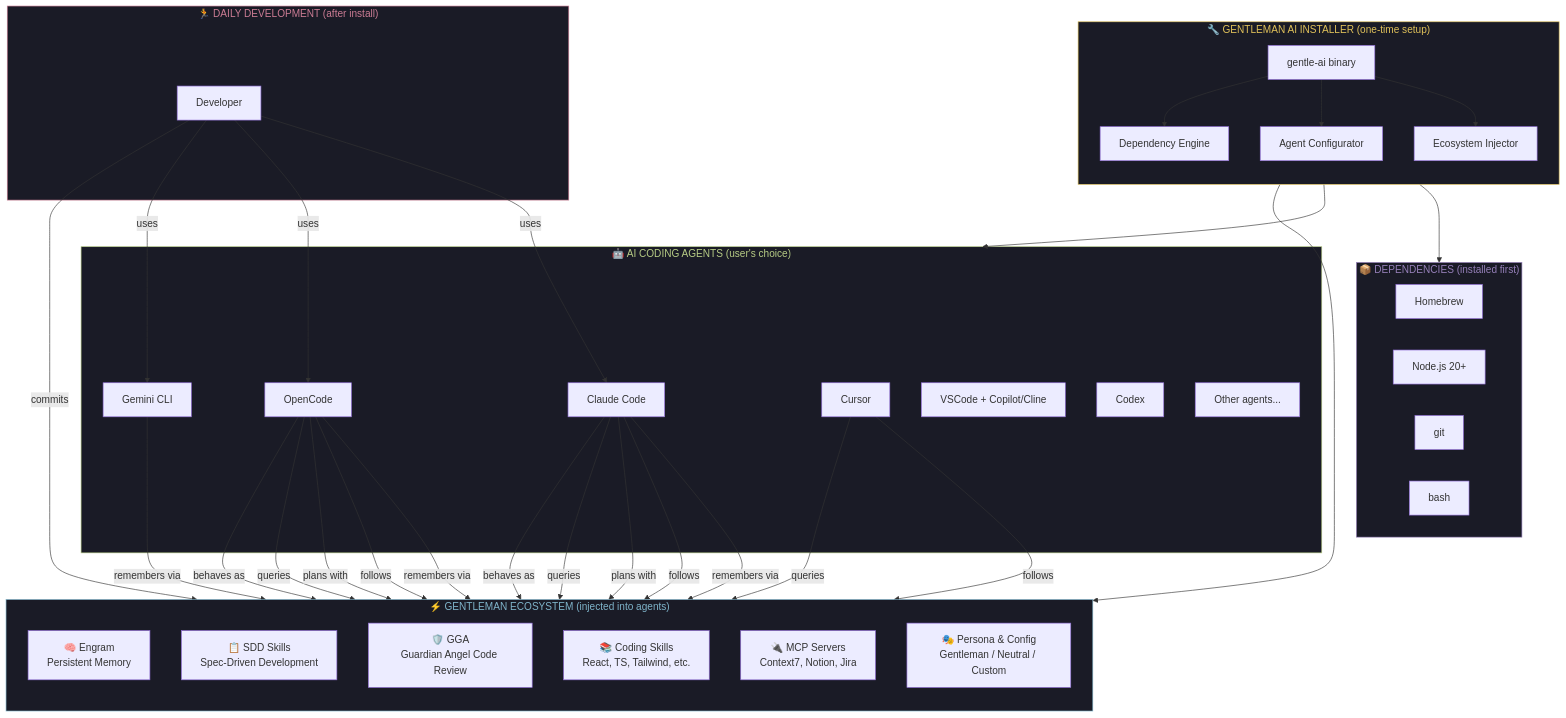
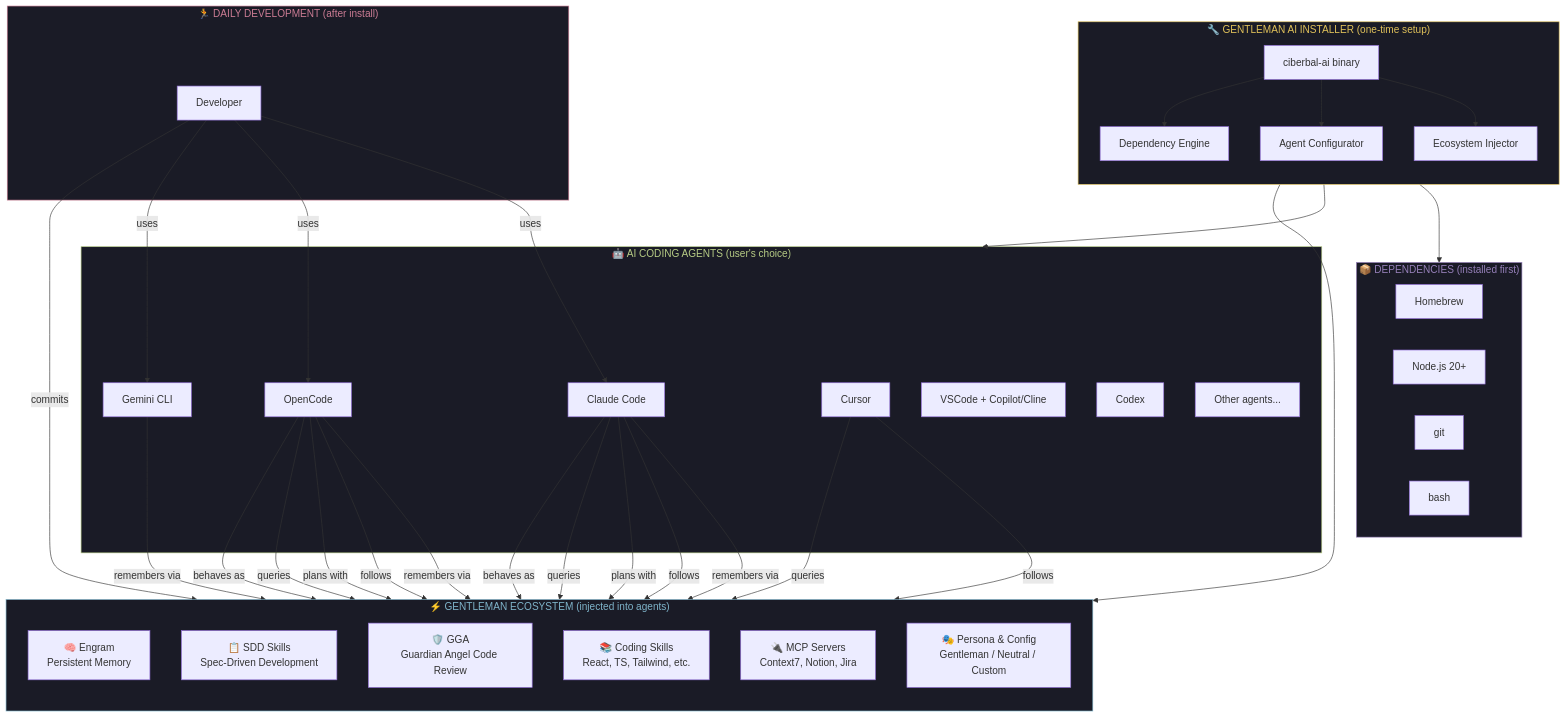
Before and after one commit to Balthael/ciberbal-ai: the first of 7 diagrams in PRD.md, drawn with Mermaid. The commit also changed other lines of this file and 257 other files, not shown here.

Commit message:
refactor: rename gentle-ai to ciberbal-ai

````diff
--- a/PRD.md
+++ b/PRD.md
@@ -580,74 +580,74 @@
 ```mermaid
 graph TB
     subgraph INSTALLER["🔧 GENTLEMAN AI INSTALLER (one-time setup)"]
         direction TB
-        GAI[gentle-ai binary]
+        GAI[ciberbal-ai binary]
         GAI --> DEP_ENGINE[Dependency Engine]
         GAI --> AGENT_ENGINE[Agent Configurator]
         GAI --> ECO_ENGINE[Ecosystem Injector]
     end
 
     subgraph DEPS["📦 DEPENDENCIES (installed first)"]
         BREW[Homebrew]
         NODE[Node.js 20+]
         GIT[git]
         BASH_DEP[bash]
     end
 
     subgraph AGENTS["🤖 AI CODING AGENTS (user's choice)"]
         CC[Claude Code]
         OC[OpenCode]
         GEM[Gemini CLI]
         CUR[Cursor]
         VSC[VSCode + Copilot/Cline]
         CDX[Codex]
         OTHER[Other agents...]
     end
 
     subgraph ECOSYSTEM["⚡ GENTLEMAN ECOSYSTEM (injected into agents)"]
         direction TB
         ENGRAM[🧠 Engram<br/>Persistent Memory]
         SDD[📋 SDD Skills<br/>Spec-Driven Development]
         GGA_COMP[🛡️ GGA<br/>Guardian Angel Code Review]
         SKILLS[📚 Coding Skills<br/>React, TS, Tailwind, etc.]
         MCP[🔌 MCP Servers<br/>Context7, Notion, Jira]
         PERSONA[🎭 Persona & Config<br/>Gentleman / Neutral / Custom]
     end
 
     subgraph RUNTIME["🏃 DAILY DEVELOPMENT (after install)"]
         DEV[Developer]
     end
 
     DEP_ENGINE --> DEPS
     AGENT_ENGINE --> AGENTS
     ECO_ENGINE --> ECOSYSTEM
 
     DEV -->|uses| CC
     DEV -->|uses| OC
     DEV -->|uses| GEM
     DEV -->|commits| GGA_COMP
 
     CC -->|remembers via| ENGRAM
     OC -->|remembers via| ENGRAM
     GEM -->|remembers via| ENGRAM
 
     CC -->|follows| SKILLS
     OC -->|follows| SKILLS
     CUR -->|follows| SKILLS
 
     CC -->|plans with| SDD
     OC -->|plans with| SDD
 
     CC -->|queries| MCP
     OC -->|queries| MCP
     CUR -->|queries| MCP
 
     CC -->|behaves as| PERSONA
     OC -->|behaves as| PERSONA
 
     style INSTALLER fill:#1a1b26,stroke:#E0C15A,color:#E0C15A
     style ECOSYSTEM fill:#1a1b26,stroke:#7FB4CA,color:#7FB4CA
     style AGENTS fill:#1a1b26,stroke:#B7CC85,color:#B7CC85
     style DEPS fill:#1a1b26,stroke:#957FB8,color:#957FB8
     style RUNTIME fill:#1a1b26,stroke:#CB7C94,color:#CB7C94
 ```
````
